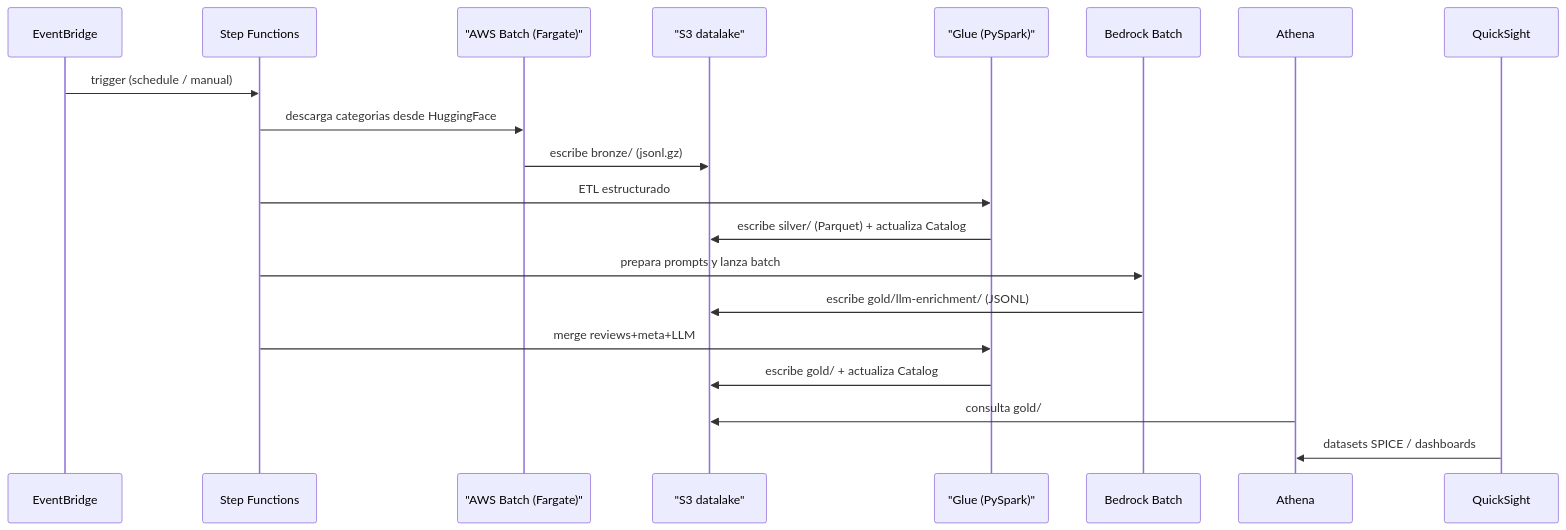
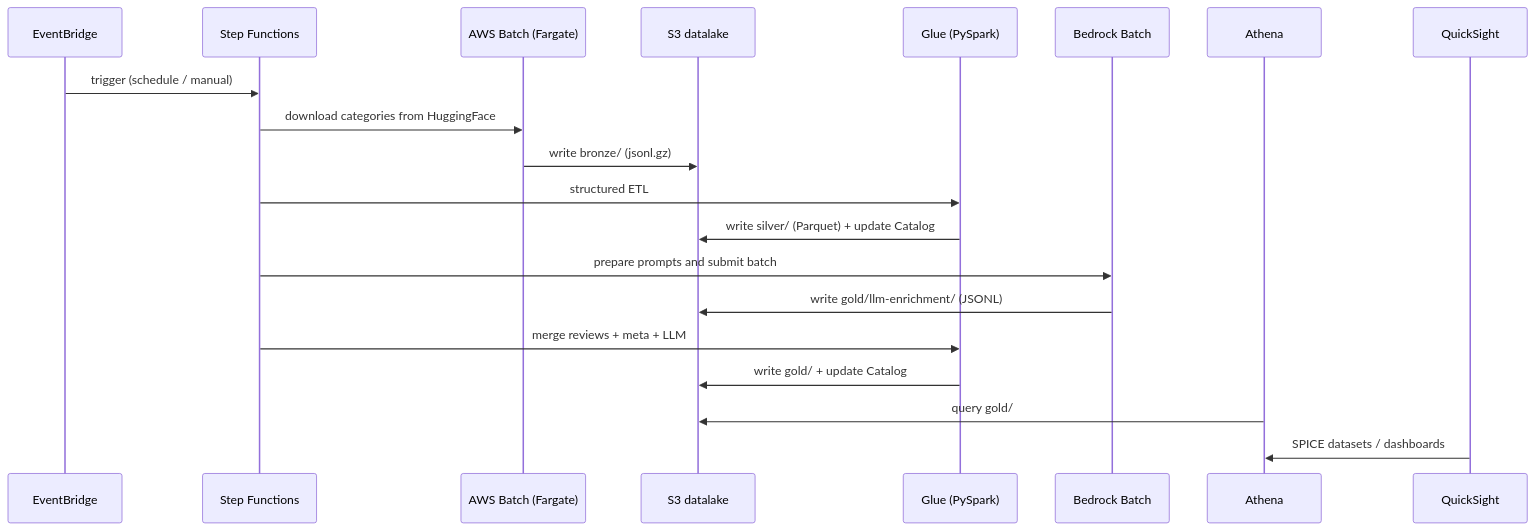
The second of 2 diagrams in README.md (scaceresg/amazon-reviews-analyzer), drawn with Mermaid before and after one commit. The commit also changed other lines of this file and 4 other files, not shown here.

````diff
--- a/README.md
+++ b/README.md
@@ -145,23 +147,23 @@
 ```mermaid
 sequenceDiagram
     participant EB as EventBridge
     participant SF as Step Functions
-    participant B as "AWS Batch (Fargate)"
-    participant S3 as "S3 datalake"
-    participant G as "Glue (PySpark)"
+    participant B as AWS Batch (Fargate)
+    participant S3 as S3 datalake
+    participant G as Glue (PySpark)
     participant BR as Bedrock Batch
     participant A as Athena
     participant Q as QuickSight
 
     EB->>SF: trigger (schedule / manual)
-    SF->>B: descarga categorias desde HuggingFace
-    B->>S3: escribe bronze/ (jsonl.gz)
-    SF->>G: ETL estructurado
-    G->>S3: escribe silver/ (Parquet) + actualiza Catalog
-    SF->>BR: prepara prompts y lanza batch
-    BR->>S3: escribe gold/llm-enrichment/ (JSONL)
-    SF->>G: merge reviews+meta+LLM
-    G->>S3: escribe gold/ + actualiza Catalog
-    A->>S3: consulta gold/
-    Q->>A: datasets SPICE / dashboards
+    SF->>B: download categories from HuggingFace
+    B->>S3: write bronze/ (jsonl.gz)
+    SF->>G: structured ETL
+    G->>S3: write silver/ (Parquet) + update Catalog
+    SF->>BR: prepare prompts and submit batch
+    BR->>S3: write gold/llm-enrichment/ (JSONL)
+    SF->>G: merge reviews + meta + LLM
+    G->>S3: write gold/ + update Catalog
+    A->>S3: query gold/
+    Q->>A: SPICE datasets / dashboards
 ```
````
